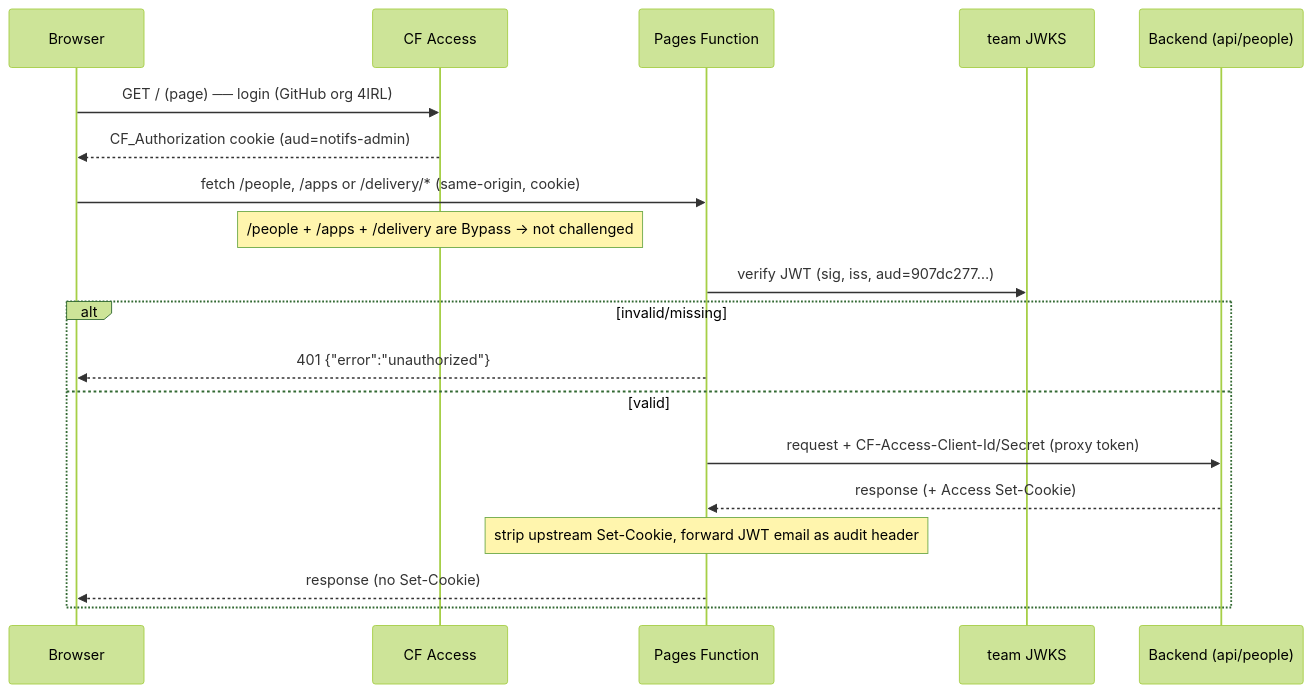
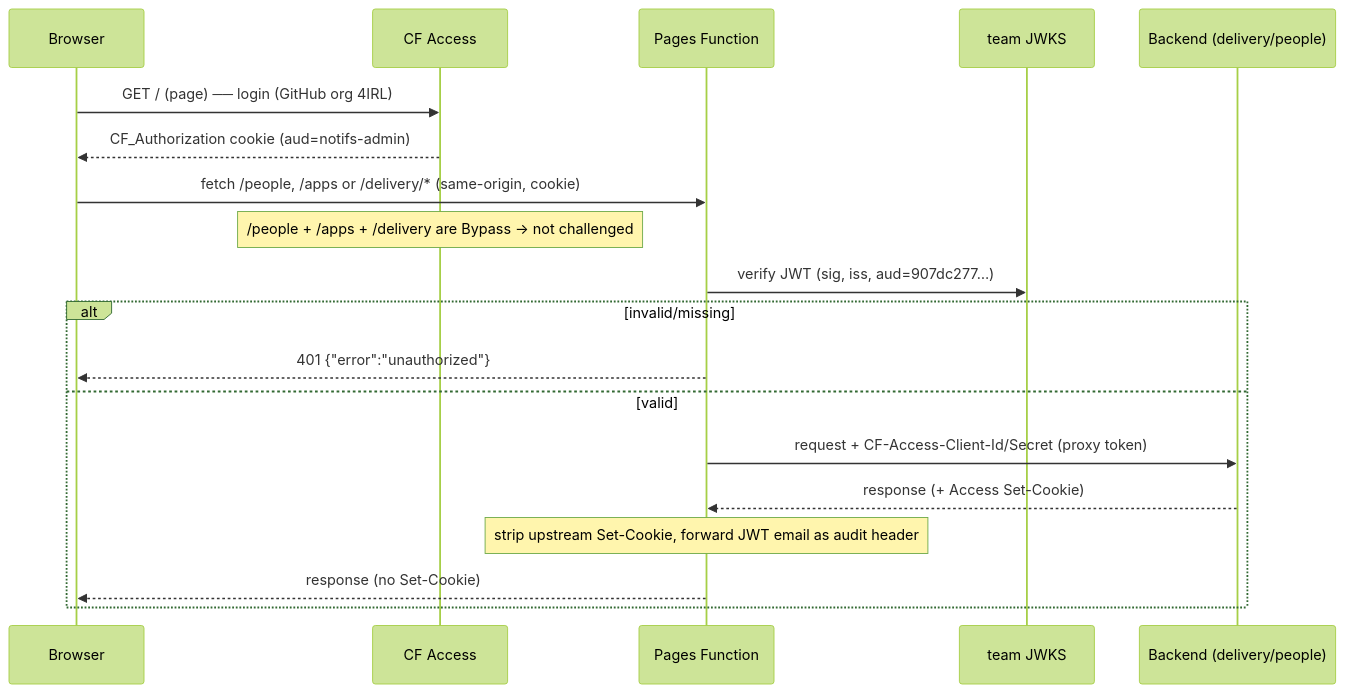
One commit to 4IRL/4irl-notifs changed the second of 4 diagrams in ARCHITECTURE.md. Above: the diagram before and after it, drawn with Mermaid (forest theme). The commit also changed other lines of this file and 1 other file, not shown here.

First line of the commit message:
[docs] Update ARCHITECTURE.md for the provisioning one-door flow

````diff
--- a/ARCHITECTURE.md
+++ b/ARCHITECTURE.md
@@ -409,21 +414,21 @@
 ```mermaid
 sequenceDiagram
   participant B as Browser
   participant A as CF Access
   participant F as Pages Function
   participant K as team JWKS
-  participant S as Backend (api/people)
+  participant S as Backend (delivery/people)
   B->>A: GET / (page)  ── login (GitHub org 4IRL)
   A-->>B: CF_Authorization cookie (aud=notifs-admin)
   B->>F: fetch /people, /apps or /delivery/* (same-origin, cookie)
   Note over A: /people + /apps + /delivery are Bypass → not challenged
   F->>K: verify JWT (sig, iss, aud=907dc277…)
   alt invalid/missing
     F-->>B: 401 {"error":"unauthorized"}
   else valid
     F->>S: request + CF-Access-Client-Id/Secret (proxy token)
     S-->>F: response (+ Access Set-Cookie)
     Note over F: strip upstream Set-Cookie, forward JWT email as audit header
     F-->>B: response (no Set-Cookie)
   end
 ```
````
